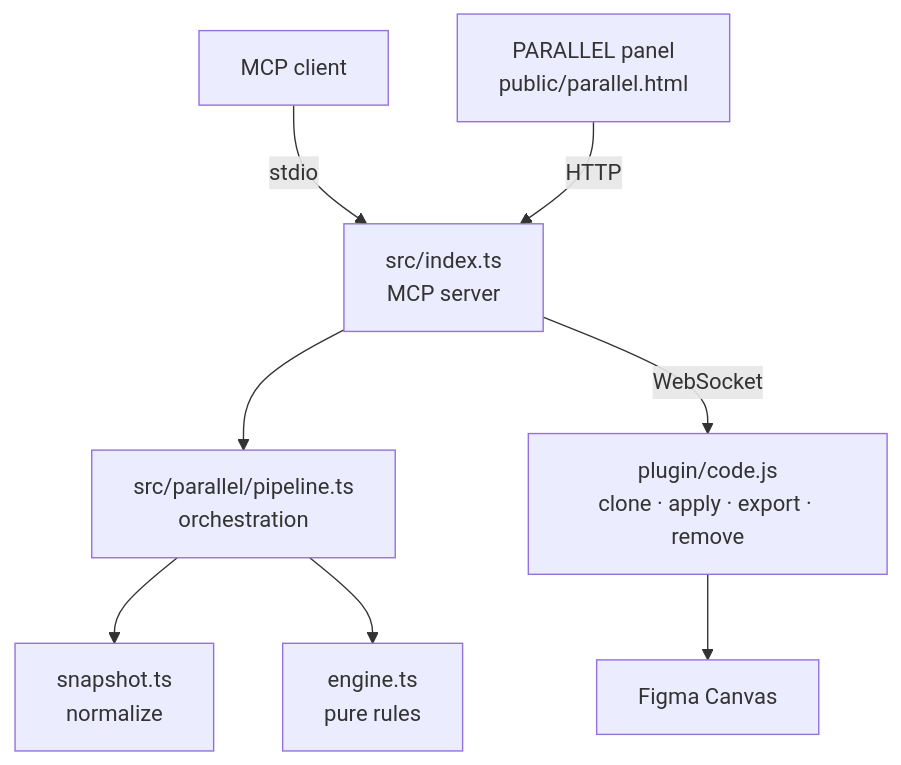
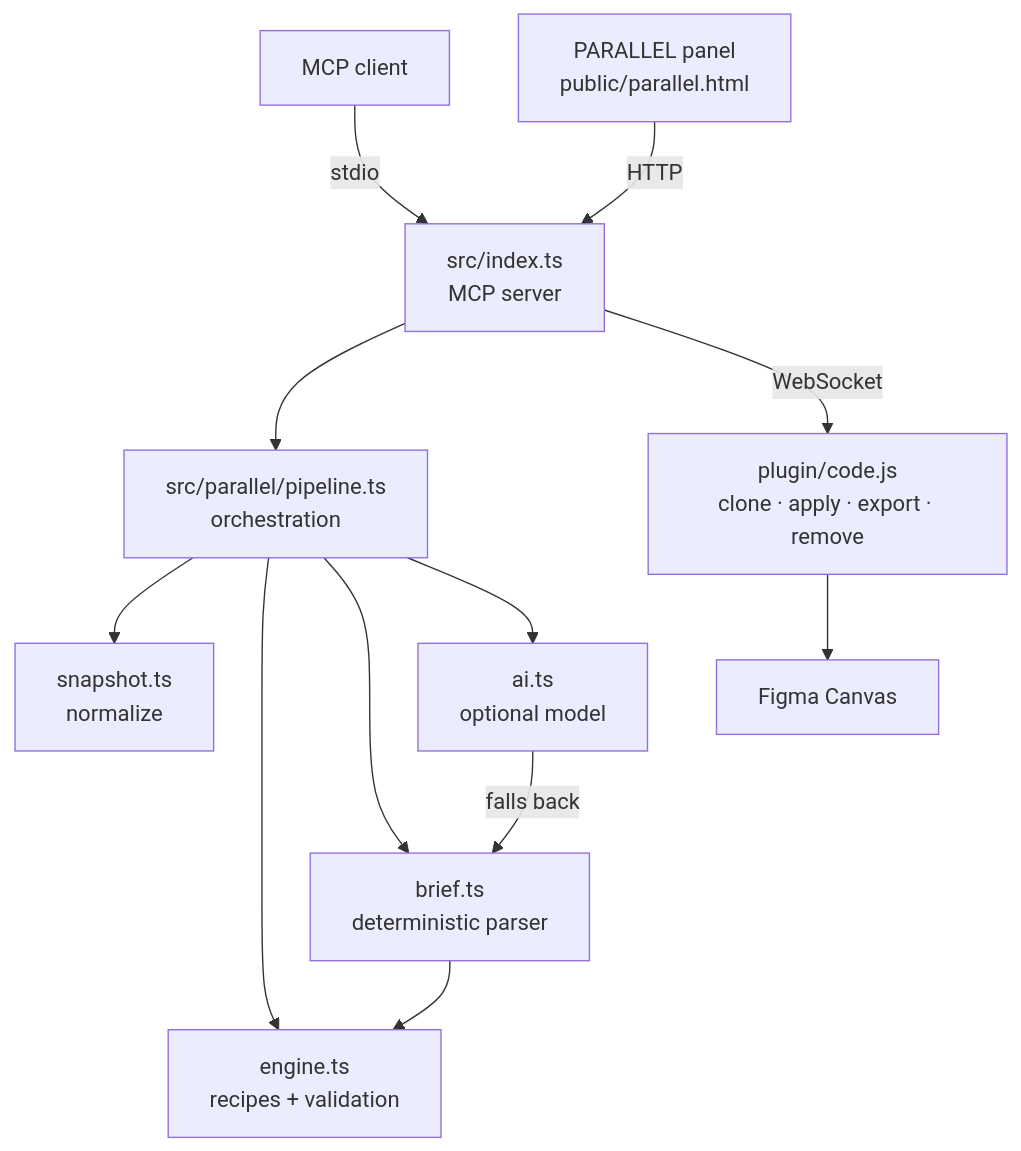
Before and after one commit to thesagrotan/figma-bridge: the diagram in docs/parallel.md, drawn with Mermaid. The commit also changed other lines of this file and 23 other files, not shown here.

First line of the commit message:
feat: recipe engine, brief-guided exploration, and hardening for PARALLEL

````diff
--- a/docs/parallel.md
+++ b/docs/parallel.md
@@ -32,10 +37,14 @@
 ```mermaid
 flowchart TD
     P[MCP client] -->|stdio| S[src/index.ts<br/>MCP server]
     W[PARALLEL panel<br/>public/parallel.html] -->|HTTP| S
     S --> PL[src/parallel/pipeline.ts<br/>orchestration]
     PL --> SN[snapshot.ts<br/>normalize]
-    PL --> EN[engine.ts<br/>pure rules]
+    PL --> EN[engine.ts<br/>recipes + validation]
+    PL --> BR[brief.ts<br/>deterministic parser]
+    PL --> AI[ai.ts<br/>optional model]
+    AI -->|falls back| BR
+    BR --> EN
     S -->|WebSocket| F[plugin/code.js<br/>clone · apply · export · remove]
     F --> C[Figma Canvas]
 ```
````
